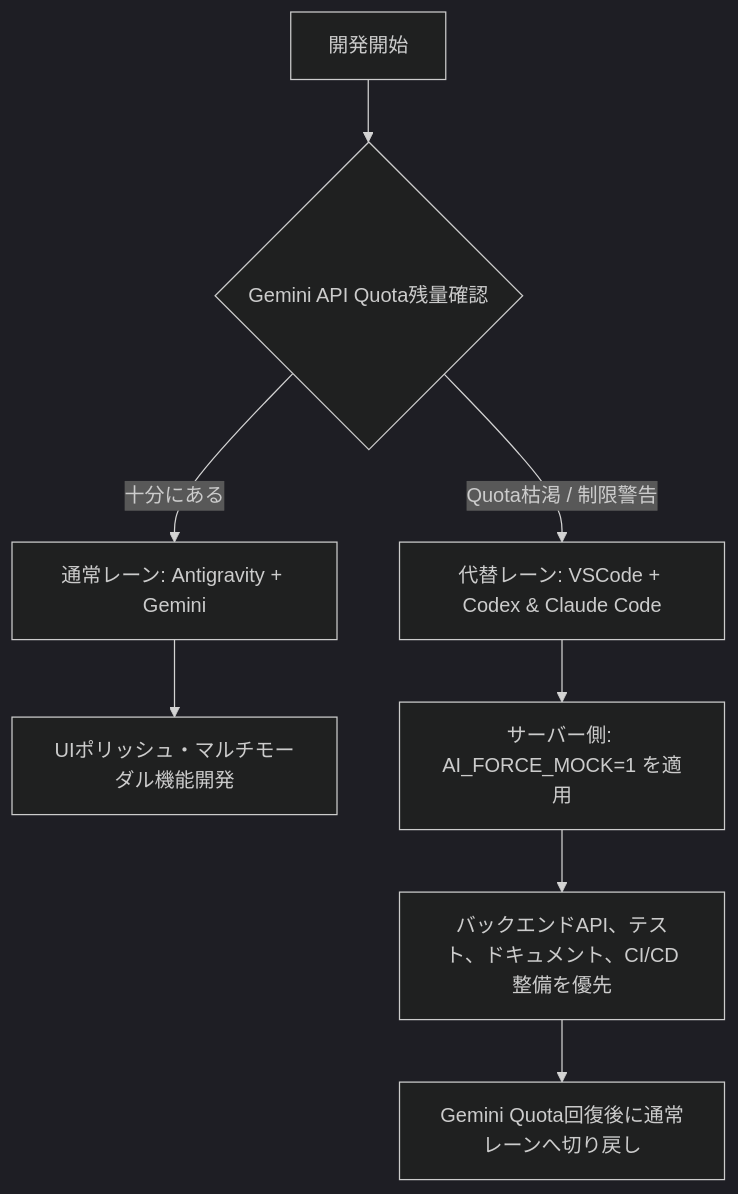
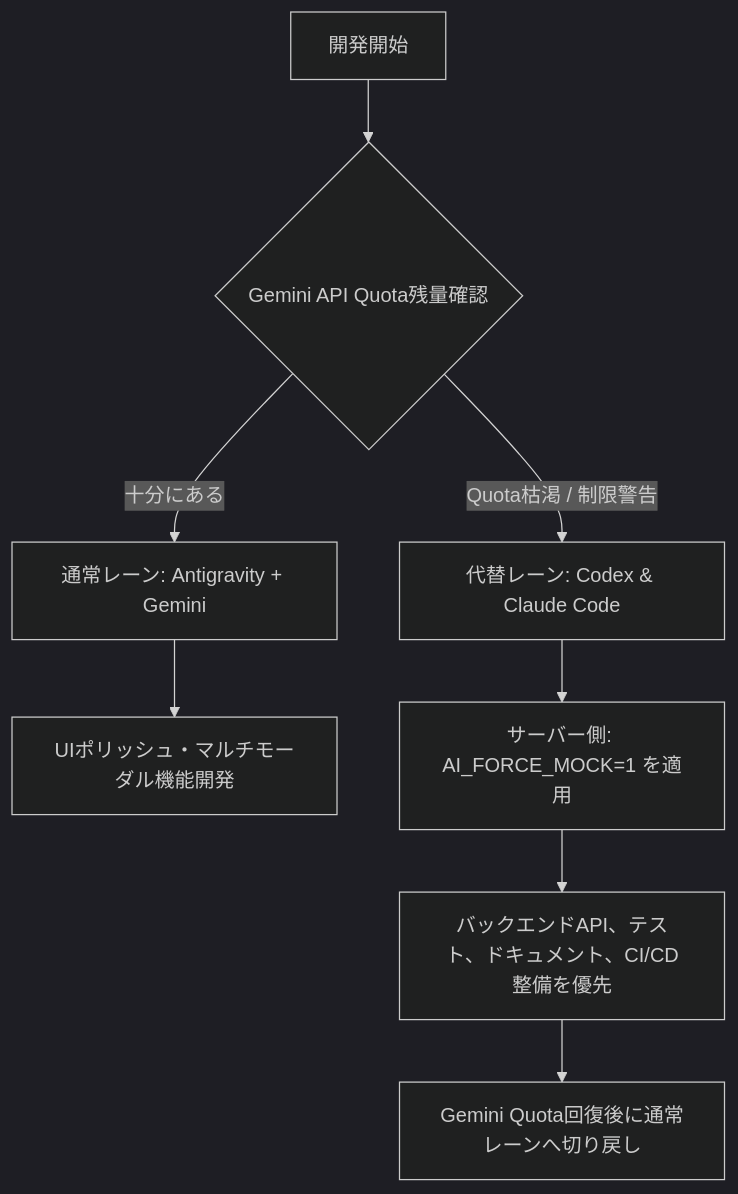
The diagram in docs/AI_COST_MONITORING_AND_QUOTA_DESIGN.md (kanta13jp1/mighty-link-ai-connect), drawn with Mermaid (dark theme) before and after one commit. The commit also changed other lines of this file and 99 other files, not shown here.

Commit message:
fix(tool-lanes): update tool lane names to Codex and Claude Code and align docs/WBS

````diff
--- a/docs/AI_COST_MONITORING_AND_QUOTA_DESIGN.md
+++ b/docs/AI_COST_MONITORING_AND_QUOTA_DESIGN.md
@@ -85,10 +85,10 @@
 ```mermaid
 graph TD
     A[開発開始] --> B{Gemini API Quota残量確認}
     B -- 十分にある --> C[通常レーン: Antigravity + Gemini]
     C --> D[UIポリッシュ・マルチモーダル機能開発]
-    B -- Quota枯渇 / 制限警告 --> E[代替レーン: VSCode + Codex & Claude Code]
+    B -- Quota枯渇 / 制限警告 --> E[代替レーン: Codex & Claude Code]
     E --> F[サーバー側: AI_FORCE_MOCK=1 を適用]
     F --> G[バックエンドAPI、テスト、ドキュメント、CI/CD整備を優先]
     G --> H[Gemini Quota回復後に通常レーンへ切り戻し]
 ```
````
